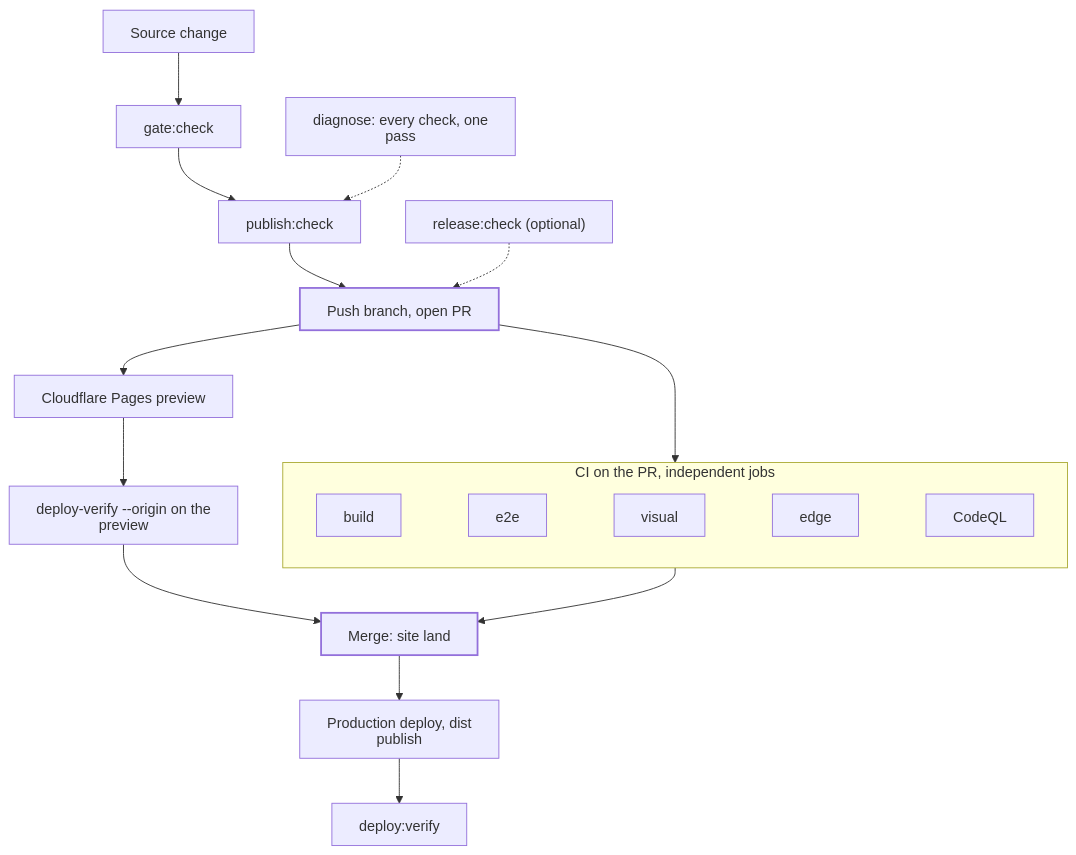
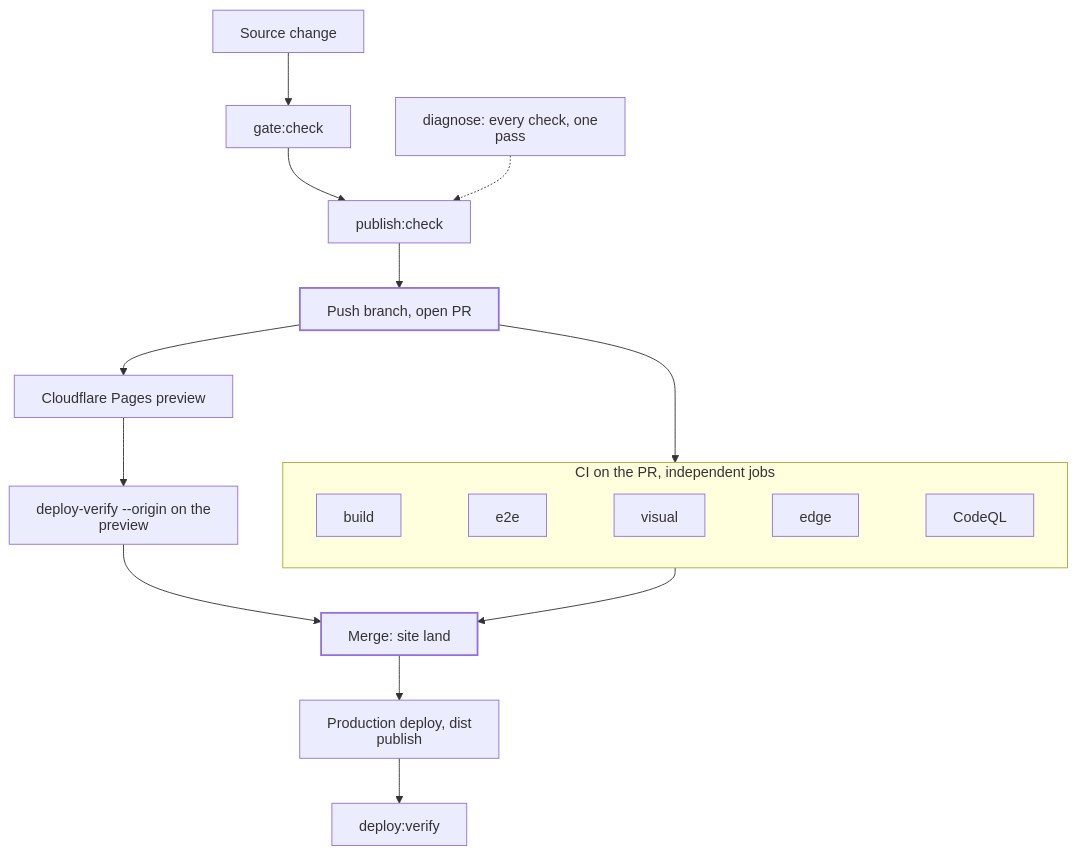
The diagram in docs/diagrams/validation-flow.mmd (joeseverino/jseverino.com), drawn with Mermaid before and after one commit. The commit also changed 220 other files, not shown here.

```diff
--- a/docs/diagrams/validation-flow.mmd
+++ b/docs/diagrams/validation-flow.mmd
@@ -1,18 +1,17 @@
 %%{init: { "htmlLabels": false } }%%
 flowchart TB
     A["Source change"] --> B["gate:check"] --> C["publish:check"] --> D["Push branch, open PR"]
     G["diagnose: every check, one pass"] -.-> C
-    R["release:check (optional)"] -.-> D
     D --> CI
     D --> P["Cloudflare Pages preview"] --> V["deploy-verify --origin on the preview"]
     CI --> M["Merge: site land"]
     V --> M
     M --> PD["Production deploy, dist publish"] --> F["deploy:verify"]
 
     subgraph CI ["CI on the PR, independent jobs"]
         direction LR
         CB["build"] ~~~ CE["e2e"] ~~~ CV["visual"] ~~~ CG["edge"] ~~~ CQ["CodeQL"]
     end
 
     classDef anchor stroke-width:2px;
     class D,M anchor;
```
